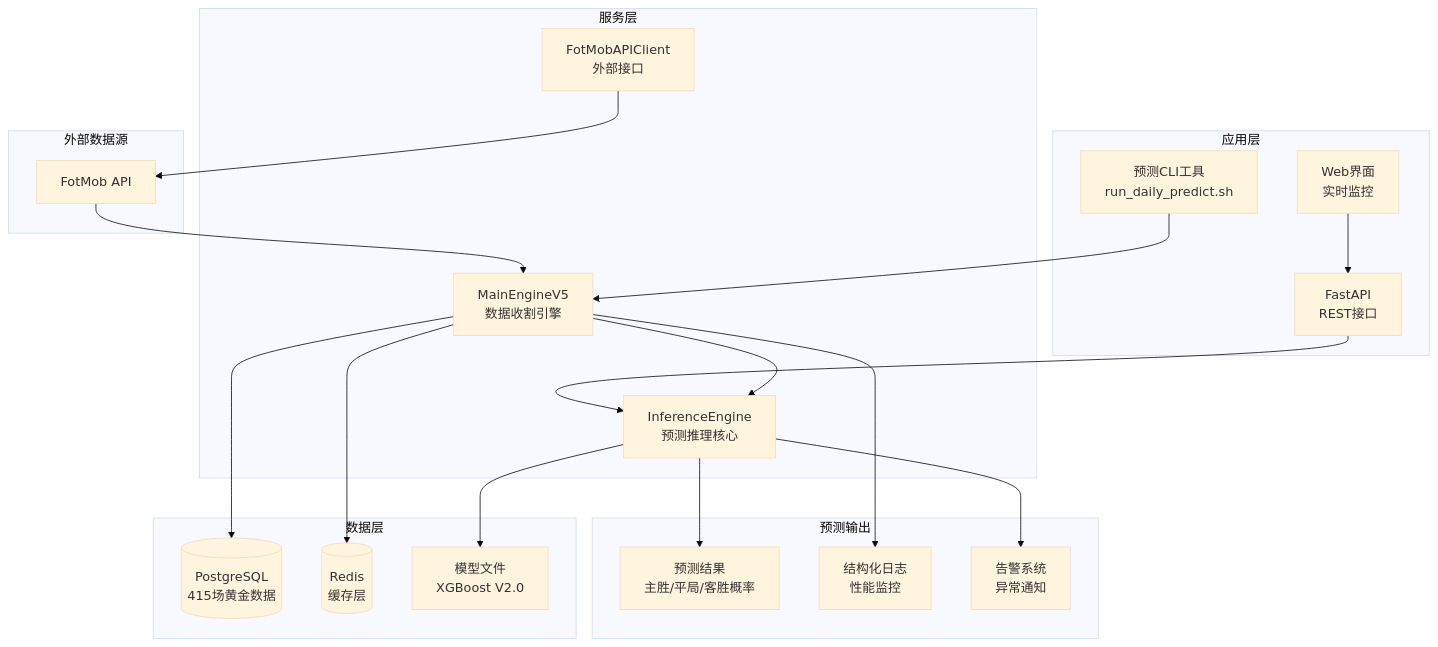
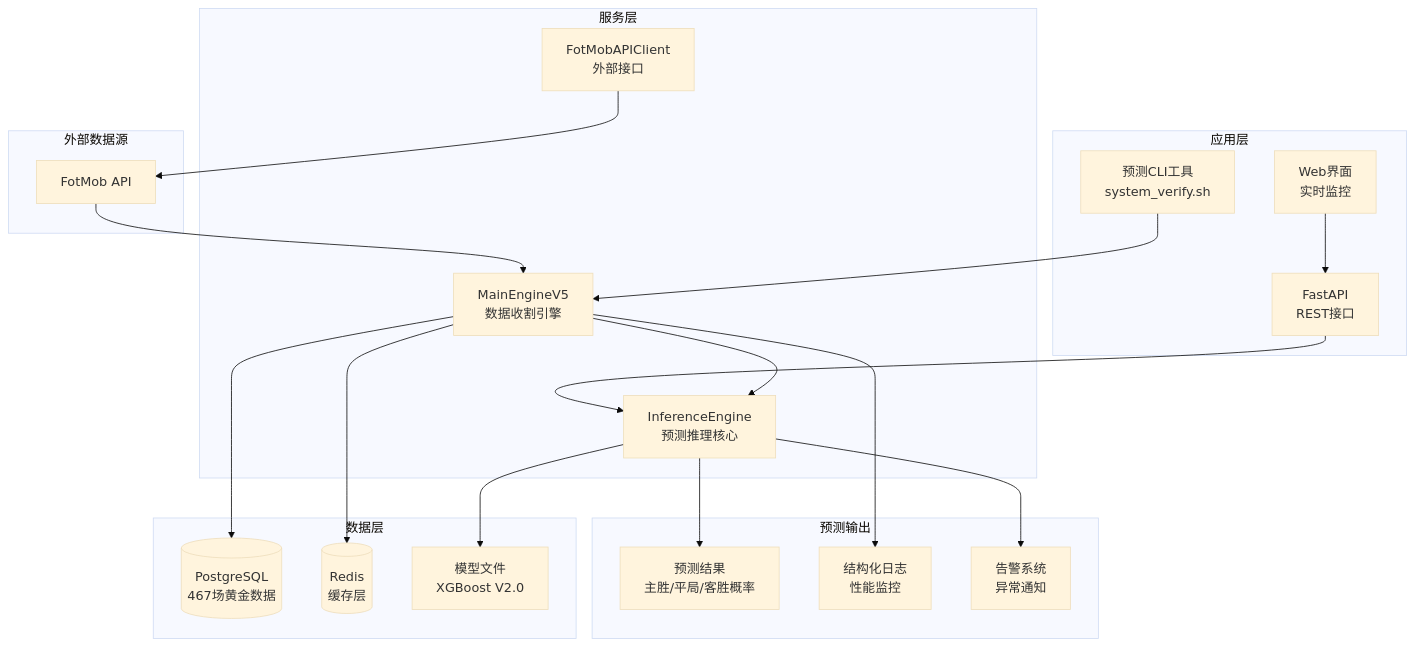
The diagram in README.md (xupeng211/FootballPrediction), drawn with Mermaid (base theme) before and after one commit. The commit also changed other lines of this file and 165 other files, not shown here.

````diff
--- a/README.md
+++ b/README.md
@@ -25,45 +28,45 @@
 ```mermaid
 graph TB
     subgraph "外部数据源"
         API[FotMob API]
     end
 
     subgraph "数据层"
-        PG[(PostgreSQL<br/>415场黄金数据)]
+        PG[(PostgreSQL<br/>467场黄金数据)]
         REDIS[(Redis<br/>缓存层)]
         FILES[模型文件<br/>XGBoost V2.0]
     end
 
     subgraph "服务层"
         ENGINE[MainEngineV5<br/>数据收割引擎]
         INFERENCE[InferenceEngine<br/>预测推理核心]
         CLIENT[FotMobAPIClient<br/>外部接口]
     end
 
     subgraph "应用层"
         API_REST[FastAPI<br/>REST接口]
-        CLI[预测CLI工具<br/>run_daily_predict.sh]
+        CLI[预测CLI工具<br/>system_verify.sh]
         WEB[Web界面<br/>实时监控]
     end
 
     subgraph "预测输出"
         PREDICTION[预测结果<br/>主胜/平局/客胜概率]
         LOGS[结构化日志<br/>性能监控]
         ALERTS[告警系统<br/>异常通知]
     end
 
     API --> ENGINE
     ENGINE --> PG
     ENGINE --> INFERENCE
     INFERENCE --> FILES
     CLIENT --> API
     ENGINE --> REDIS
 
     CLI --> ENGINE
     API_REST --> INFERENCE
     WEB --> API_REST
 
     INFERENCE --> PREDICTION
     ENGINE --> LOGS
     INFERENCE --> ALERTS
 ```
````
